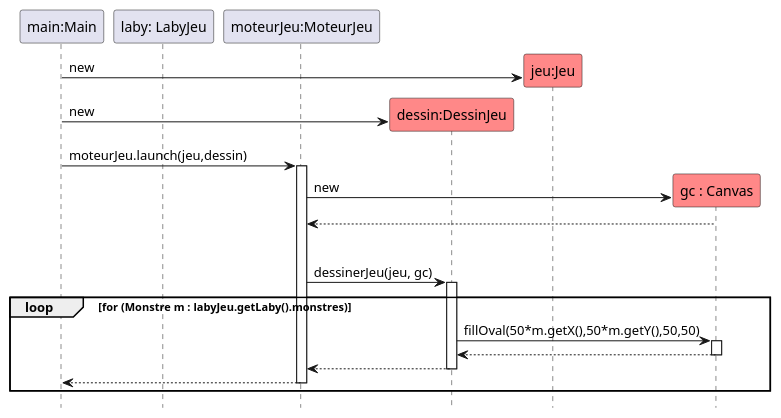
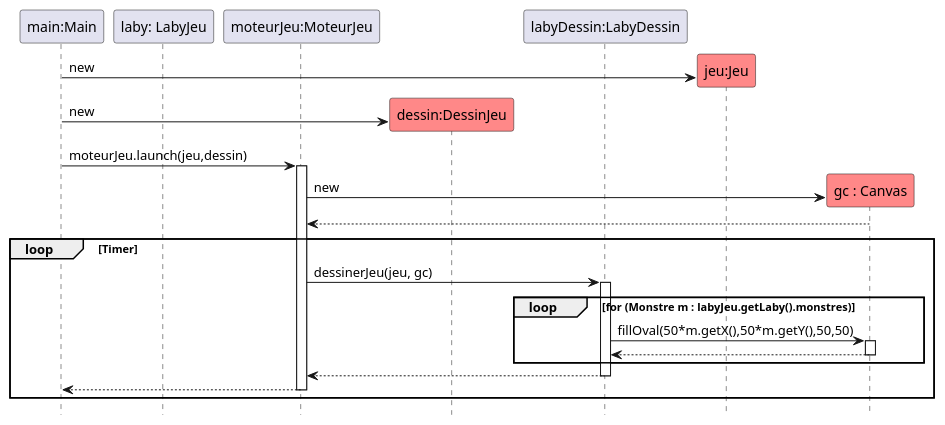
The diagram in documents/version_2/DiagSeq_CreationMonstre.puml (OoNeal/2022_zeldiablo_rionde8u_povoas1u_melchior25u_arnaud35u), drawn with PlantUML before and after one commit.

```diff
--- a/documents/version_2/DiagSeq_CreationMonstre.puml
+++ b/documents/version_2/DiagSeq_CreationMonstre.puml
@@ -1,41 +1,37 @@
 @startuml
 hide footbox
 
 participant "main:Main" as main
 participant "laby: LabyJeu" as l
 participant "moteurJeu:MoteurJeu" as m
 participant "dessin:DessinJeu" as r #FF8888
+participant "labyDessin:LabyDessin" as d
 participant "jeu:Jeu" as game #FF8888
 participant "gc : Canvas" as gc #FF8888
 create game
 main-> game : new
 create r
 main-> r :new
 main -> m : moteurJeu.launch(jeu,dessin)
 activate m
 create gc
 m -> gc : new
 m <-- gc
 loop Timer
-m -> r : dessinerJeu(jeu, gc)
-activate r
+m -> d : dessinerJeu(jeu, gc)
+activate d
 loop for (Monstre m : labyJeu.getLaby().monstres)
-r -> gc :fillOval(50*m.getX(),50*m.getY(),50,50)
+d -> gc :fillOval(50*m.getX(),50*m.getY(),50,50)
 activate gc
-r <-- gc
+d <-- gc
 deactivate gc
-m <-- r
-deactivate r
+end group
+m <-- d
+deactivate d
 main <-- m
 deactivate m
-
-
-
-
-
-
 end
 
 deactivate l
 
 @enduml
```
